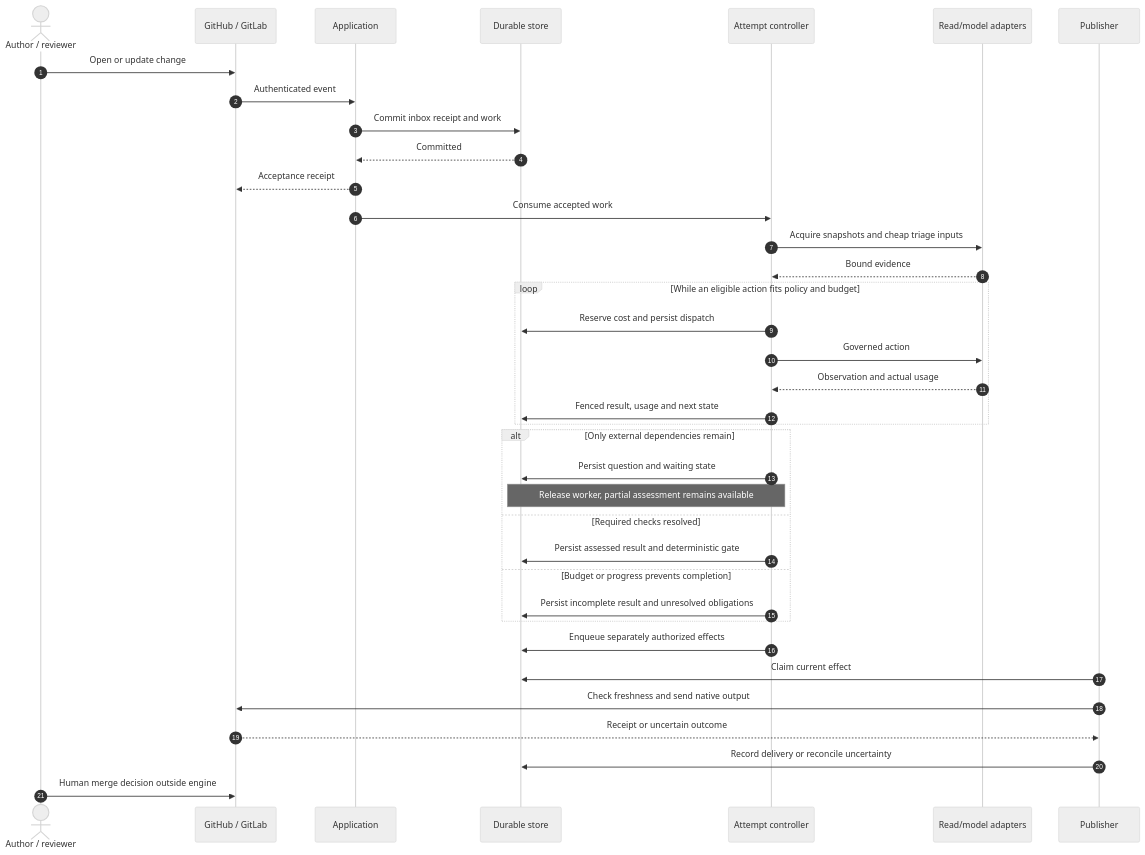
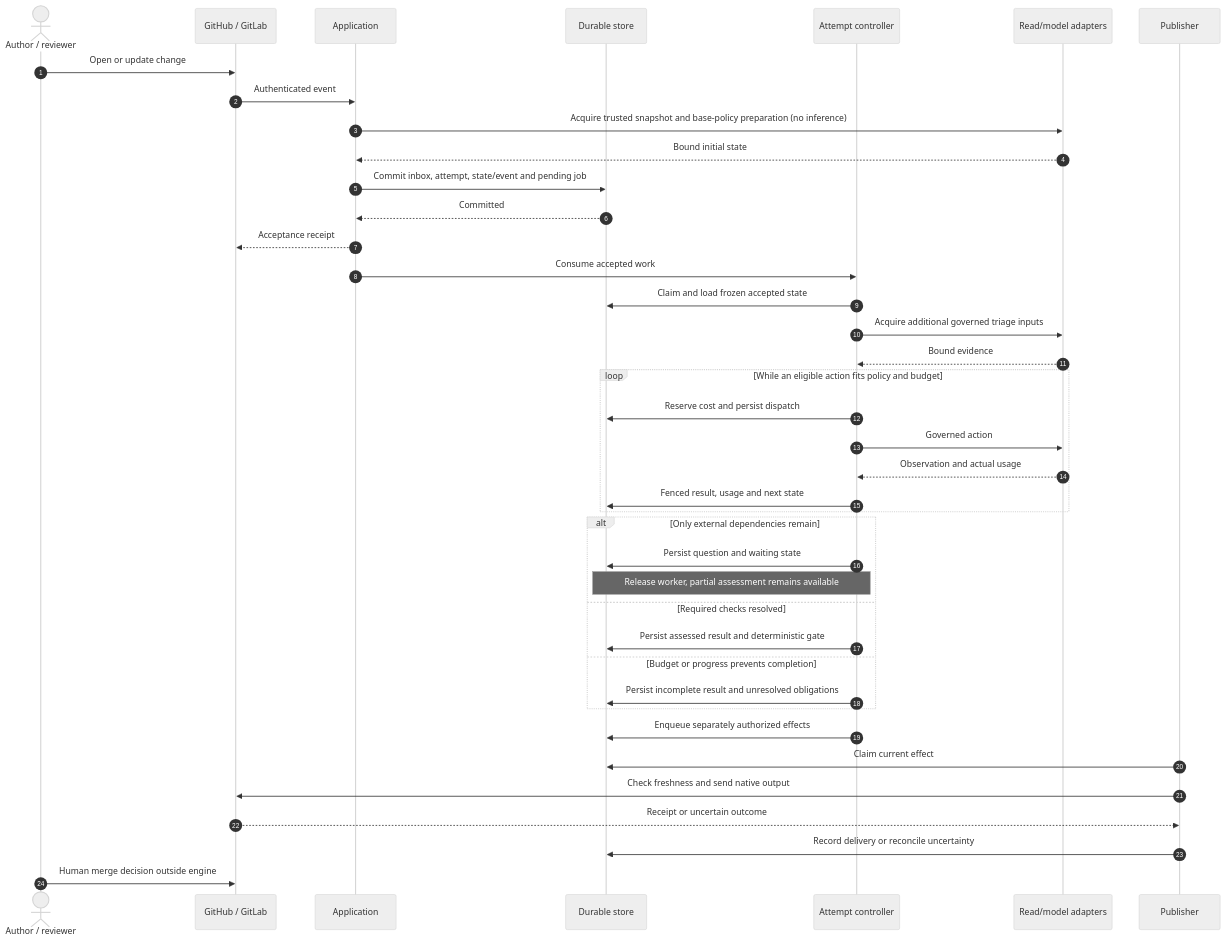
The fifth of 7 diagrams in ARCHITECTURE.md (Y7-Labs/7review), drawn with Mermaid (neutral theme) before and after one commit. The commit also changed 13 other files, not shown here.

Commit message:
feat(app): commit complete review aggregate before HTTP acceptance

````diff
--- a/ARCHITECTURE.md
+++ b/ARCHITECTURE.md
@@ -375,39 +375,42 @@
 ```mermaid
 sequenceDiagram
   autonumber
   actor User as Author / reviewer
   participant SCM as GitHub / GitLab
   participant App as Application
   participant DB as Durable store
   participant Engine as Attempt controller
   participant Tools as Read/model adapters
   participant Publish as Publisher
   User->>SCM: Open or update change
   SCM->>App: Authenticated event
-  App->>DB: Commit inbox receipt and work
+  App->>Tools: Acquire trusted snapshot and base-policy preparation (no inference)
+  Tools-->>App: Bound initial state
+  App->>DB: Commit inbox, attempt, state/event and pending job
   DB-->>App: Committed
   App-->>SCM: Acceptance receipt
   App->>Engine: Consume accepted work
-  Engine->>Tools: Acquire snapshots and cheap triage inputs
+  Engine->>DB: Claim and load frozen accepted state
+  Engine->>Tools: Acquire additional governed triage inputs
   Tools-->>Engine: Bound evidence
   loop While an eligible action fits policy and budget
     Engine->>DB: Reserve cost and persist dispatch
     Engine->>Tools: Governed action
     Tools-->>Engine: Observation and actual usage
     Engine->>DB: Fenced result, usage and next state
   end
   alt Only external dependencies remain
     Engine->>DB: Persist question and waiting state
     Note over Engine,DB: Release worker, partial assessment remains available
   else Required checks resolved
     Engine->>DB: Persist assessed result and deterministic gate
   else Budget or progress prevents completion
     Engine->>DB: Persist incomplete result and unresolved obligations
   end
   Engine->>DB: Enqueue separately authorized effects
   Publish->>DB: Claim current effect
   Publish->>SCM: Check freshness and send native output
   SCM-->>Publish: Receipt or uncertain outcome
   Publish->>DB: Record delivery or reconcile uncertainty
   User->>SCM: Human merge decision outside engine
 ```
````
